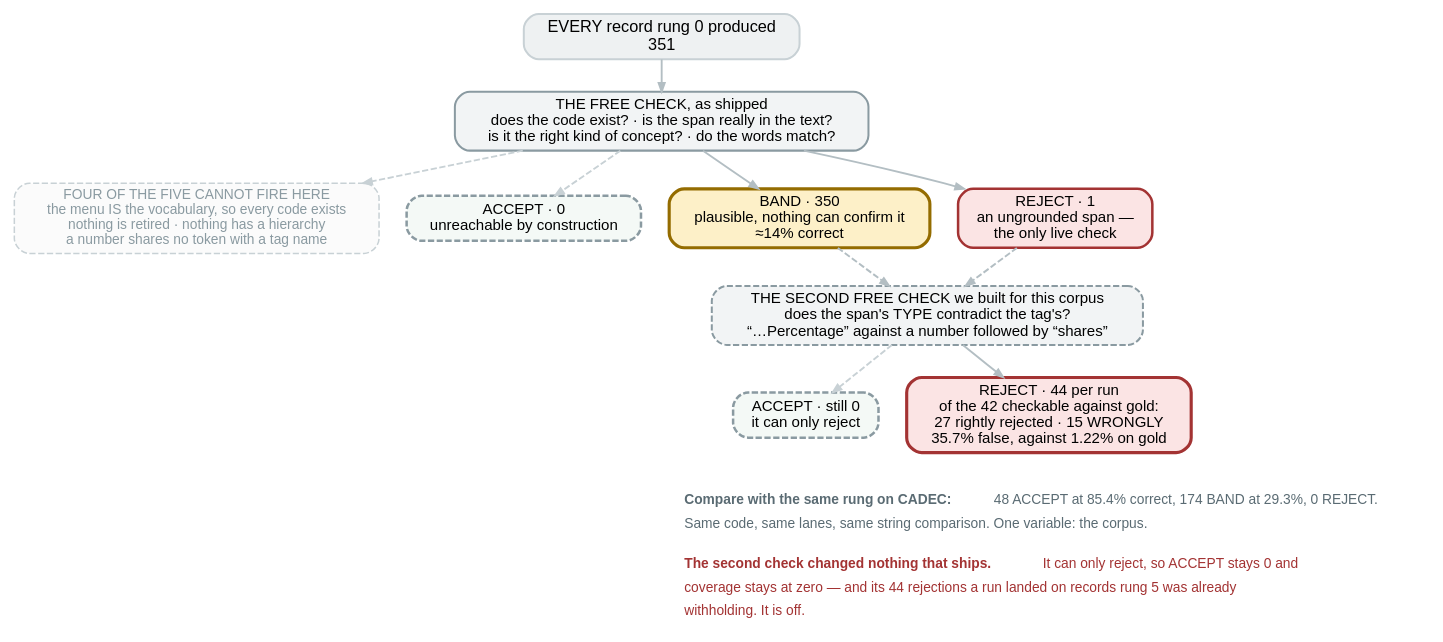
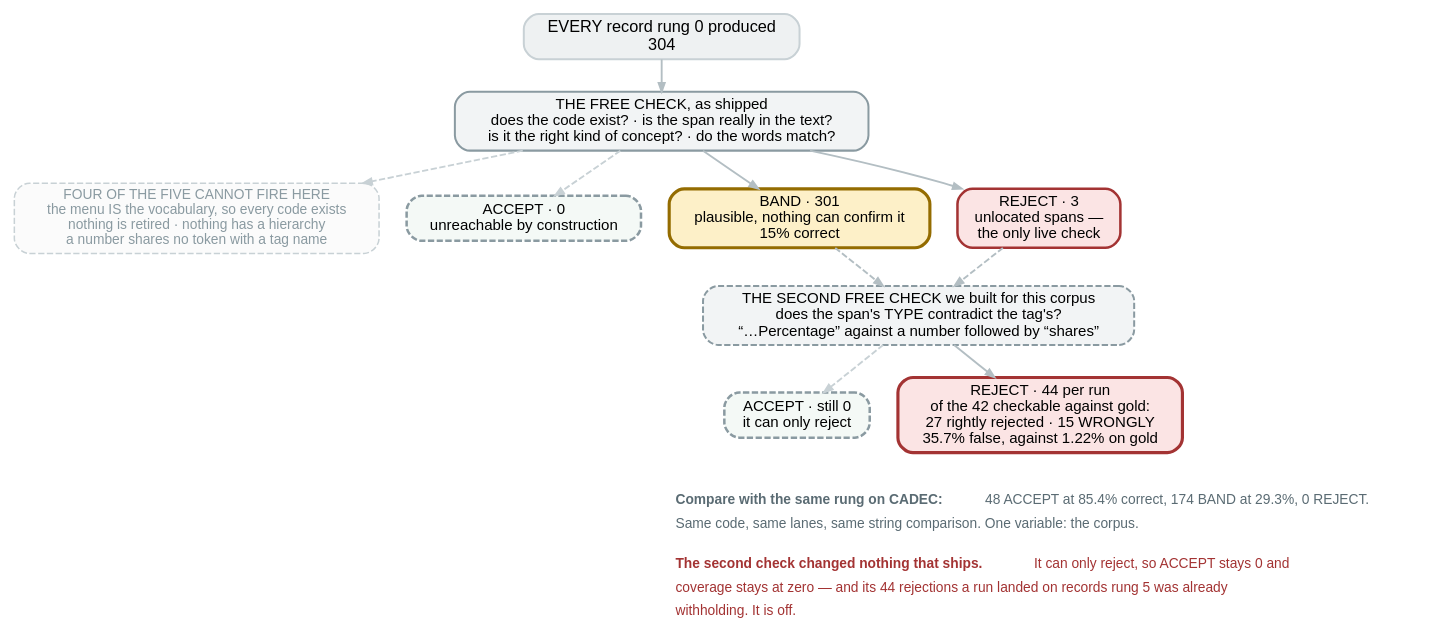
The diagram in docs/figures/fig15-rung1-finer.dot (wbagais/reliability-ladder), drawn with Graphviz before and after one commit. The commit also changed 19 other files, not shown here.

Commit message:
Article: every number and every figure re-derived from the base run; remaining historical figures labelled with their source

```diff
--- a/docs/figures/fig15-rung1-finer.dot
+++ b/docs/figures/fig15-rung1-finer.dot
@@ -1,57 +1,57 @@
 // Rung 1 on FiNER — the counterpart to fig10-rung1 — and the second free check
 // built to give this corpus one, which the article treats as rung 1 for FiNER.
 //
 // Rung 1 alone: docs/decisions.md 2026-08-29 (finer-full-2, dev, 40 documents),
 // 351 records, ACCEPT 0 / BAND 350 / REJECT 1; lexical_match False on all 328
 // records carrying a tag, sct_exists True on all 328. Lane correctness is the
 // run's own answered-accuracy (0.1396) — with 350 of 351 in BAND that is the
 // lane's rate to within one record.
 // The type check: 2026-09-02. 44 rejections per run; pooled over three draws it
 // rejected 42 records with gold to check against, 27 correctly and 15 wrongly —
 // 35.71% false rejections on model output against 1.22% measured on gold.
 //
 // COLOUR KEY — the article's zone colours:
 //   green ACCEPT · amber BAND · red REJECT · grey a stage, no verdict
 digraph rung1_finer {
   rankdir=TB; bgcolor="white"; nodesep=0.30; ranksep=0.36;
   node [shape=box style="filled,rounded" fontname="Helvetica" fontsize=12
         color="#c8d1d5" penwidth=1.2];
   edge [color="#b3bec3" penwidth=1.5 arrowsize=0.7 fontname="Helvetica" fontsize=10];
 
-  in [label="EVERY record rung 0 produced\n351" fillcolor="#eef1f2" fontsize=13 penwidth=1.6];
+  in [label="EVERY record rung 0 produced\n304" fillcolor="#eef1f2" fontsize=13 penwidth=1.6];
 
   chk [label="THE FREE CHECK, as shipped\ndoes the code exist? · is the span really in the text?\nis it the right kind of concept? · do the words match?"
        fillcolor="#f2f4f5" color="#8a9aa1" penwidth=1.6];
   vac [label="FOUR OF THE FIVE CANNOT FIRE HERE\nthe menu IS the vocabulary, so every code exists\nnothing is retired · nothing has a hierarchy\na number shares no token with a tag name"
        fillcolor="#fbfbfb" color="#c8d1d5" style="filled,rounded,dashed" fontcolor="#8a9aa1" fontsize=11];
 
   acc [label="ACCEPT · 0\nunreachable by construction" fillcolor="#f4f9f6" color="#8a9aa1"
        style="filled,rounded,dashed" penwidth=2];
-  band[label="BAND · 350\nplausible, nothing can confirm it\n≈14% correct" fillcolor="#fdf0c8" color="#946c00" penwidth=2.5];
-  rej [label="REJECT · 1\nan ungrounded span —\nthe only live check" fillcolor="#fbe4e4" color="#a33333" penwidth=2];
+  band[label="BAND · 301\nplausible, nothing can confirm it\n15% correct" fillcolor="#fdf0c8" color="#946c00" penwidth=2.5];
+  rej [label="REJECT · 3\nunlocated spans —\nthe only live check" fillcolor="#fbe4e4" color="#a33333" penwidth=2];
 
   add [label="THE SECOND FREE CHECK we built for this corpus\ndoes the span's TYPE contradict the tag's?\n“…Percentage” against a number followed by “shares”"
        fillcolor="#f2f4f5" color="#8a9aa1" penwidth=1.6 style="filled,rounded,dashed"];
   acc2[label="ACCEPT · still 0\nit can only reject" fillcolor="#f4f9f6" color="#8a9aa1"
        style="filled,rounded,dashed" penwidth=2];
   rej2[label="REJECT · 44 per run\nof the 42 checkable against gold:\n27 rightly rejected · 15 WRONGLY\n35.7% false, against 1.22% on gold"
        fillcolor="#fbe4e4" color="#a33333" penwidth=2.5];
 
   in -> chk; chk -> vac [style=dashed color="#c8d1d5"];
   chk -> acc [style=dashed color="#c8d1d5"]; chk -> band; chk -> rej;
   rej -> add [style=dashed]; band -> add [style=dashed];
   add -> acc2 [style=dashed color="#c8d1d5"]; add -> rej2;
   { rank=same; acc; band; rej }
   { rank=same; acc2; rej2 }
 
   note [shape=plaintext style="" fillcolor="white"
         label=<<TABLE BORDER="0" CELLBORDER="0" CELLSPACING="0" CELLPADDING="3">
         <TR><TD ALIGN="LEFT"><FONT POINT-SIZE="11" COLOR="#5a6b73"><B>Compare with the same rung on CADEC:</B> 48 ACCEPT at 85.4% correct, 174 BAND at 29.3%, 0 REJECT.</FONT></TD></TR>
         <TR><TD ALIGN="LEFT"><FONT POINT-SIZE="11" COLOR="#5a6b73">Same code, same lanes, same string comparison. One variable: the corpus.</FONT></TD></TR>
         <TR><TD ALIGN="LEFT"><FONT POINT-SIZE="8"> </FONT></TD></TR>
         <TR><TD ALIGN="LEFT"><FONT POINT-SIZE="11" COLOR="#a33333"><B>The second check changed nothing that ships.</B> It can only reject, so ACCEPT stays 0 and</FONT></TD></TR>
         <TR><TD ALIGN="LEFT"><FONT POINT-SIZE="11" COLOR="#a33333">coverage stays at zero — and its 44 rejections a run landed on records rung 5 was already</FONT></TD></TR>
         <TR><TD ALIGN="LEFT"><FONT POINT-SIZE="11" COLOR="#a33333">withholding. It is off.</FONT></TD></TR>
         </TABLE>>];
   rej2 -> note [style=invis];
 }
```
